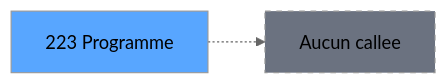
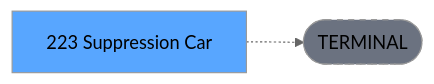
Before and after one commit to thonyAGP/lecteur-magic: the third of 3 diagrams in .openspec/renders/ADH-IDE-223.md, drawn with Mermaid (neutral theme). The commit also changed other lines of this file and 701 other files, not shown here.

````diff
--- a/.openspec/renders/ADH-IDE-223.md
+++ b/.openspec/renders/ADH-IDE-223.md
@@ -137,8 +134,8 @@
 ```mermaid
 graph LR
-    T[223 Programme]
-    NONE[Aucun callee]
-    T -.-> NONE
+    T[223 Suppression Car]
+    TERM([TERMINAL])
+    T -.-> TERM
+    style TERM fill:#6b7280,stroke-dasharray: 5 5
     style T fill:#58a6ff,color:#000
-    style NONE fill:#6b7280,stroke-dasharray: 5 5
 ```
````
